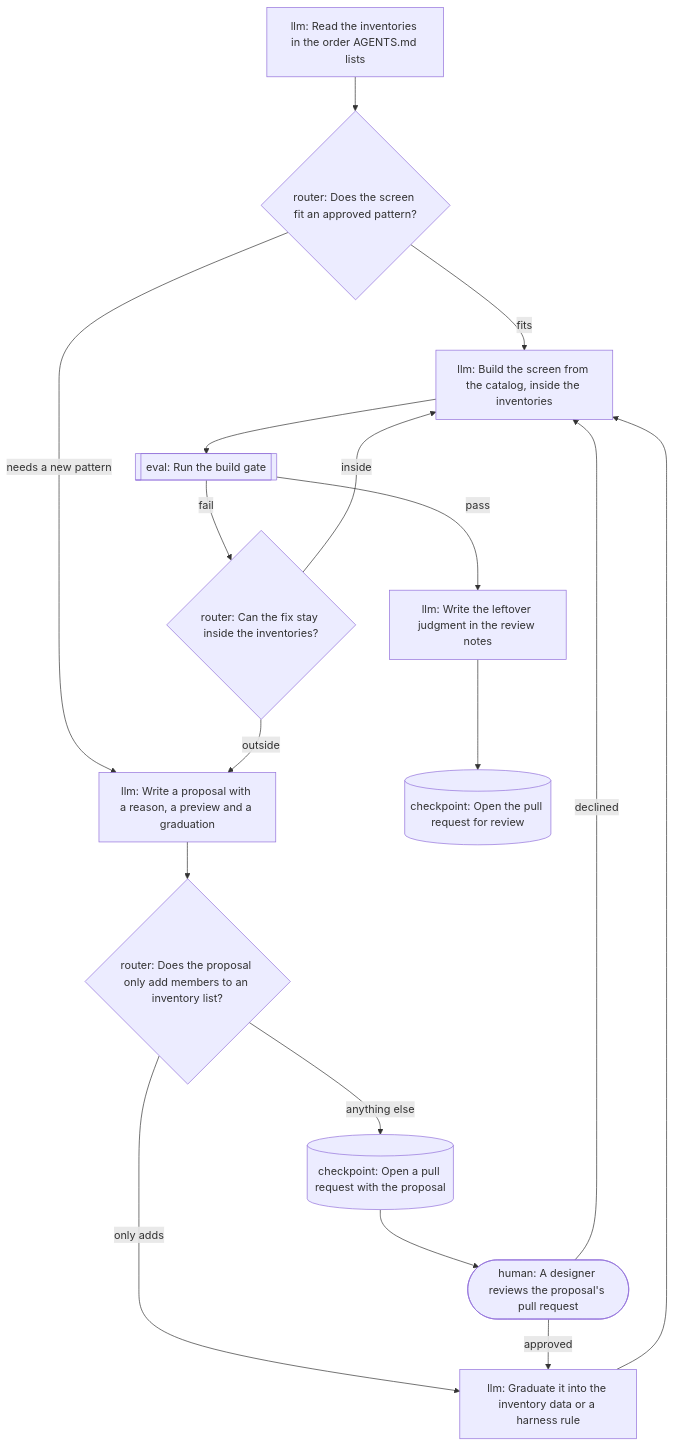
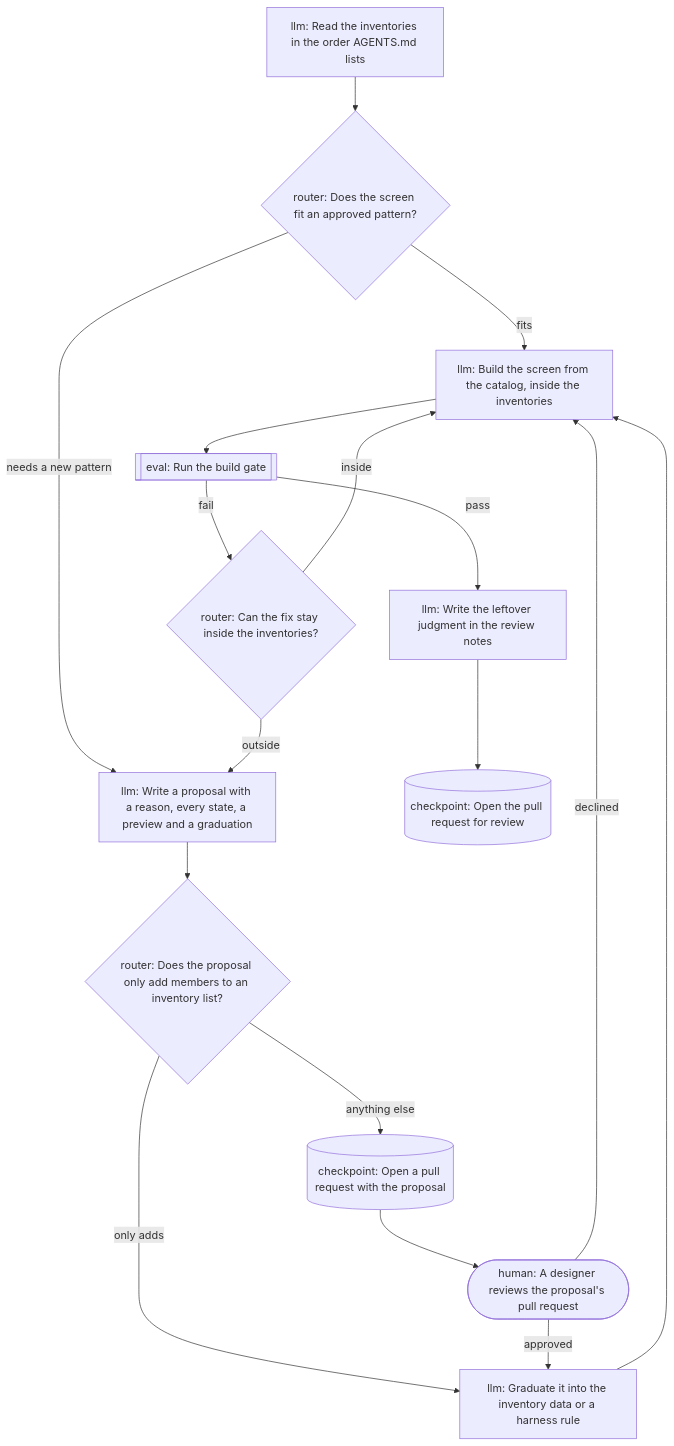
The third of 7 diagrams in packages/harness/docs/how-it-works.md (tounsoo/agent-design-loop), drawn with Mermaid before and after one commit. The commit also changed other lines of this file and 11 other files, not shown here.

````diff
--- a/packages/harness/docs/how-it-works.md
+++ b/packages/harness/docs/how-it-works.md
@@ -94,31 +94,31 @@
 ```mermaid
 flowchart TB
   n_read["llm: Read the inventories in the order AGENTS.md lists"]
   n_route{"router: Does the screen fit an approved pattern?"}
   n_build["llm: Build the screen from the catalog, inside the inventories"]
   n_checks[["eval: Run the build gate"]]
   n_triage{"router: Can the fix stay inside the inventories?"}
-  n_propose["llm: Write a proposal with a reason, a preview and a graduation"]
+  n_propose["llm: Write a proposal with a reason, every state, a preview and a graduation"]
   n_scope{"router: Does the proposal only add members to an inventory list?"}
   n_proposal_pull_request[("checkpoint: Open a pull request with the proposal")]
   n_approval(["human: A designer reviews the proposal's pull request"])
   n_graduate["llm: Graduate it into the inventory data or a harness rule"]
   n_note["llm: Write the leftover judgment in the review notes"]
   n_pull_request[("checkpoint: Open the pull request for review")]
   n_read --> n_route
   n_route -->|fits| n_build
   n_route -->|needs a new pattern| n_propose
   n_build --> n_checks
   n_checks -->|pass| n_note
   n_checks -->|fail| n_triage
   n_triage -->|inside| n_build
   n_triage -->|outside| n_propose
   n_propose --> n_scope
   n_scope -->|only adds| n_graduate
   n_scope -->|anything else| n_proposal_pull_request
   n_proposal_pull_request --> n_approval
   n_approval -->|approved| n_graduate
   n_approval -->|declined| n_build
   n_graduate --> n_build
   n_note --> n_pull_request
 ```
````
